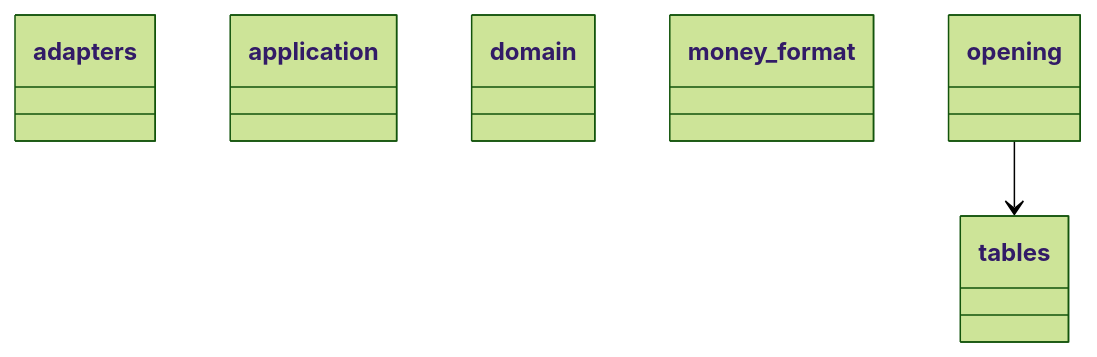
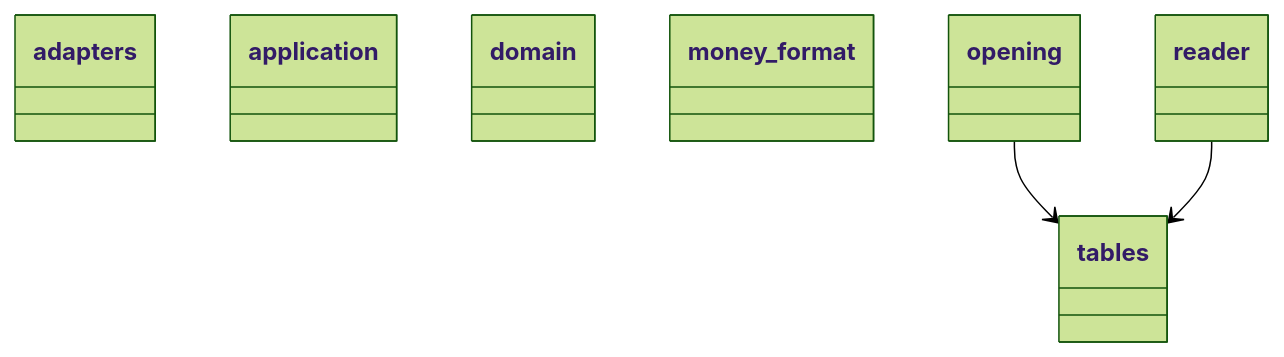
The first of 2 diagrams in docs/architecture/generated/classes/money_format.md (GonzaloZevallos/apostrophe), drawn with Mermaid (forest theme) before and after one commit. The commit also changed other lines of this file and 1 other file, not shown here.

Commit message:
Refresh the generated class docs for the money seam

````diff
--- a/docs/architecture/generated/classes/money_format.md
+++ b/docs/architecture/generated/classes/money_format.md
@@ -7,16 +7,19 @@
 ```mermaid
 classDiagram
   class adapters {
   }
   class application {
   }
   class domain {
   }
   class money_format {
   }
   class opening {
   }
+  class reader {
+  }
   class tables {
   }
   opening --> tables
+  reader --> tables
 ```
````
